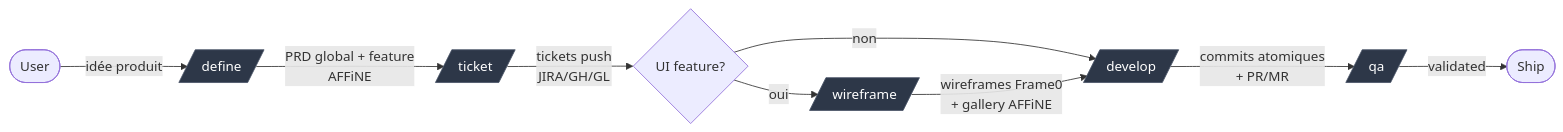
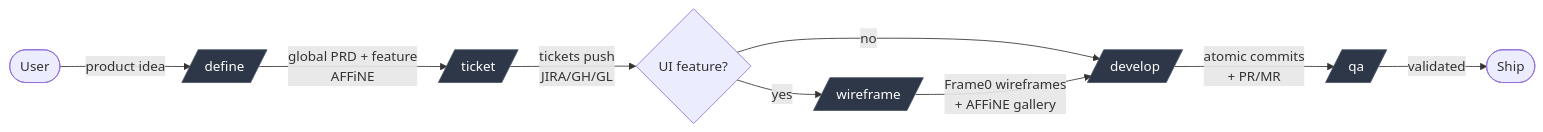
One commit to BryanBerger98/snapship-plugin changed the first of 10 diagrams in docs/usage/diagram.md. Above: the diagram before and after it, drawn with Mermaid. The commit also changed other lines of this file and 25 other files, not shown here.

````diff
--- a/docs/usage/diagram.md
+++ b/docs/usage/diagram.md
@@ -7,14 +7,14 @@
 ```mermaid
 flowchart LR
-    U([User]) -->|idée produit| DEFINE
-    DEFINE[/define/] -->|PRD global + feature<br/>AFFiNE| TICKET
+    U([User]) -->|product idea| DEFINE
+    DEFINE[/define/] -->|global PRD + feature<br/>AFFiNE| TICKET
     TICKET[/ticket/] -->|tickets push<br/>JIRA/GH/GL| WF{UI feature?}
-    WF -->|oui| WIREFRAME[/wireframe/]
-    WF -->|non| DEVELOP
-    WIREFRAME -->|wireframes Frame0<br/>+ gallery AFFiNE| DEVELOP[/develop/]
-    DEVELOP -->|commits atomiques<br/>+ PR/MR| QA[/qa/]
+    WF -->|yes| WIREFRAME[/wireframe/]
+    WF -->|no| DEVELOP
+    WIREFRAME -->|Frame0 wireframes<br/>+ AFFiNE gallery| DEVELOP[/develop/]
+    DEVELOP -->|atomic commits<br/>+ PR/MR| QA[/qa/]
     QA -->|validated| END([Ship])
 
     classDef skill fill:#2d3748,stroke:#4a5568,color:#fff
     class DEFINE,TICKET,WIREFRAME,DEVELOP,QA skill
 ```
````
